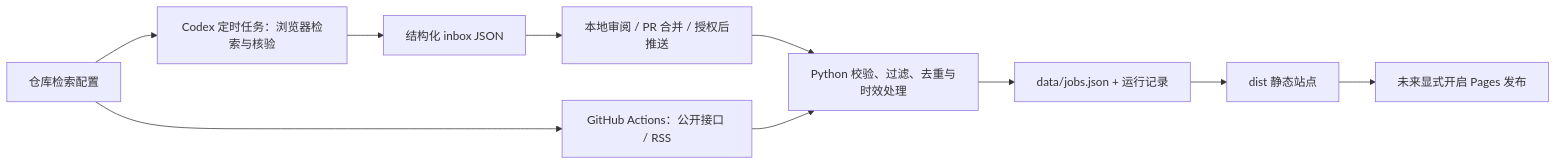
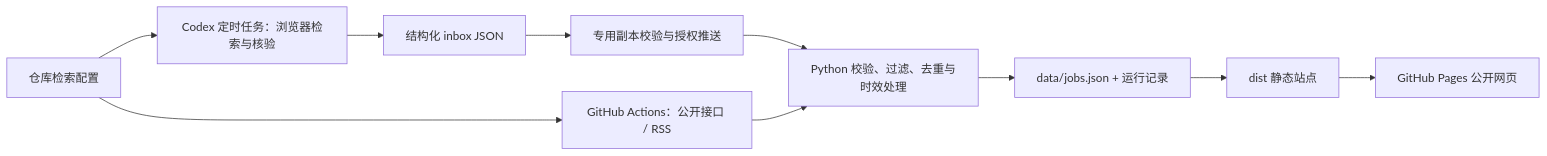
One commit to BillShiyaoZhang/job-hunting changed the diagram in README.md. Above: the diagram before and after it, drawn with Mermaid. The commit also changed other lines of this file and 10 other files, not shown here.

````diff
--- a/README.md
+++ b/README.md
@@ -66,12 +66,12 @@
 ```mermaid
 flowchart LR
     C[仓库检索配置] --> A[GitHub Actions：公开接口 / RSS]
     C --> X[Codex 定时任务：浏览器检索与核验]
     X --> I[结构化 inbox JSON]
-    I --> G[本地审阅 / PR 合并 / 授权后推送]
+    I --> G[专用副本校验与授权推送]
     G --> P[Python 校验、过滤、去重与时效处理]
     A --> P
     P --> D[data/jobs.json + 运行记录]
     D --> S[dist 静态站点]
-    S --> O[未来显式开启 Pages 发布]
+    S --> O[GitHub Pages 公开网页]
 ```
````
